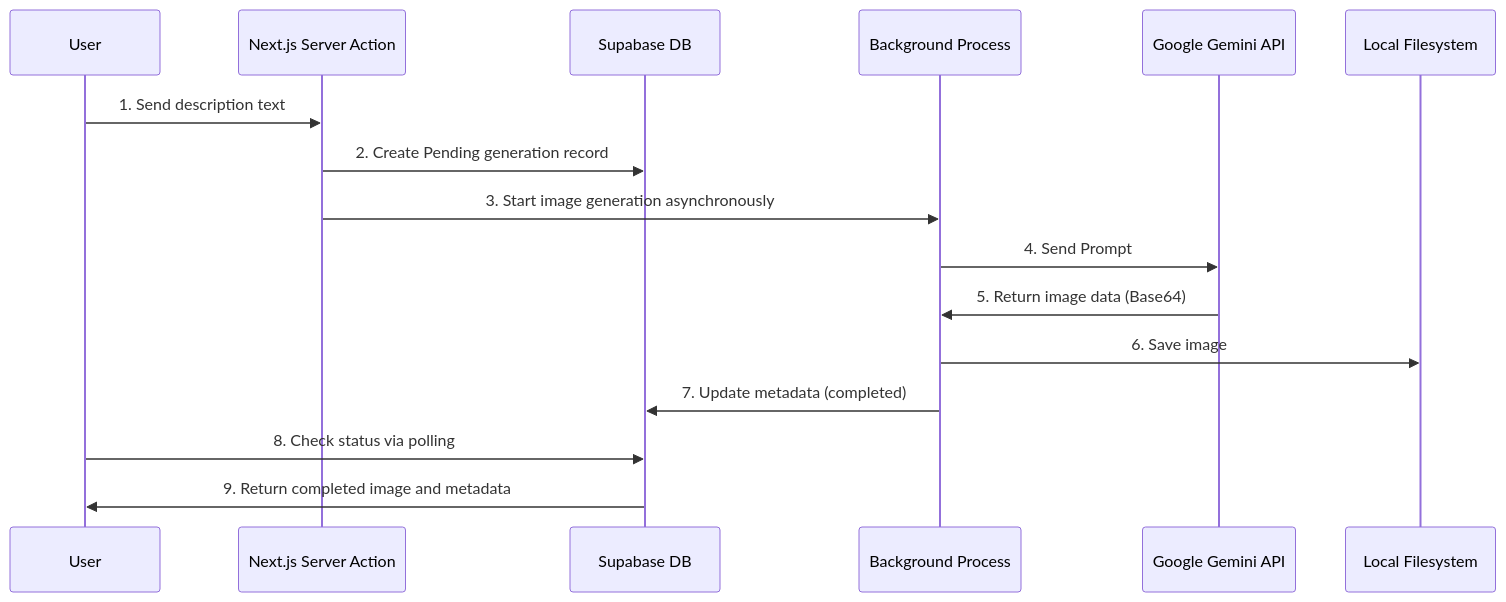
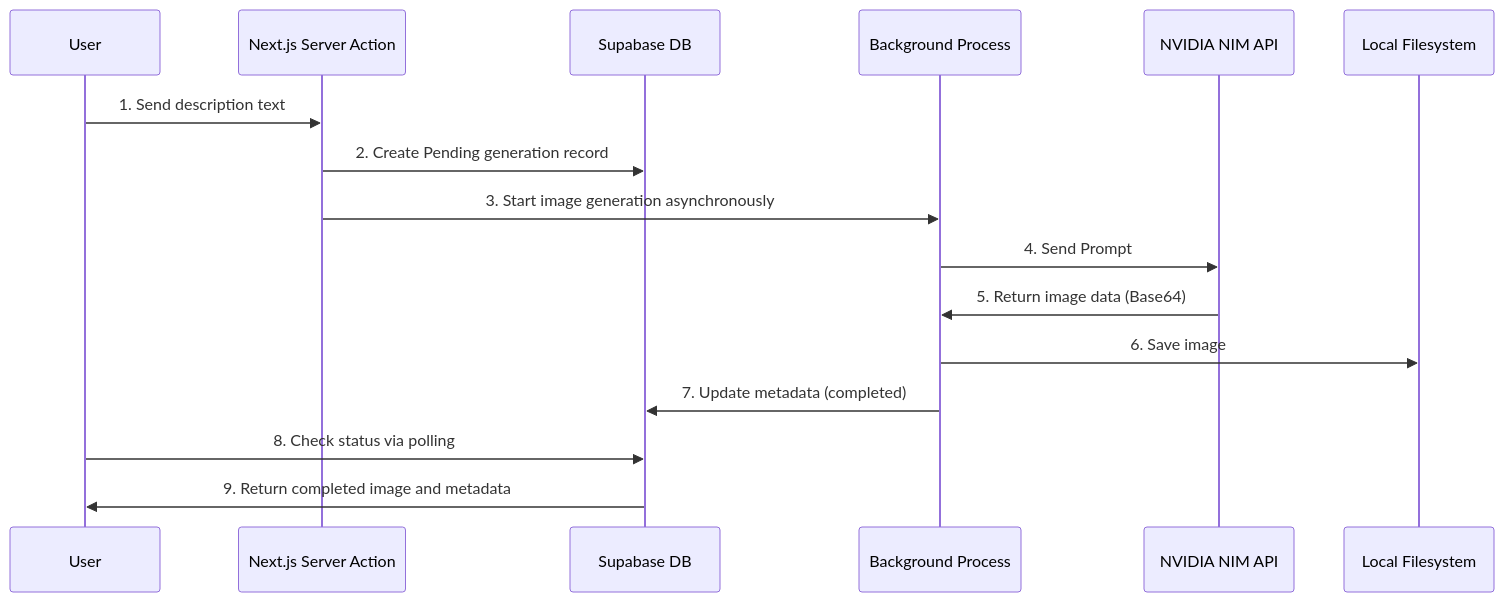
One commit to kwrkb/visual-echo changed the second of 2 diagrams in README.md. Above: the diagram before and after it, drawn with Mermaid. The commit also changed other lines of this file and 26 other files, not shown here.

````diff
--- a/README.md
+++ b/README.md
@@ -299,19 +299,19 @@
 ```mermaid
 sequenceDiagram
     participant User
     participant ServerAction as Next.js Server Action
     participant DB as Supabase DB
     participant Background as Background Process
-    participant Gemini as Google Gemini API
+    participant NIM as NVIDIA NIM API
     participant LocalFS as Local Filesystem
 
     User->>ServerAction: 1. Send description text
     ServerAction->>DB: 2. Create Pending generation record
     ServerAction->>Background: 3. Start image generation asynchronously
-    Background->>Gemini: 4. Send Prompt
-    Gemini->>Background: 5. Return image data (Base64)
+    Background->>NIM: 4. Send Prompt
+    NIM->>Background: 5. Return image data (Base64)
     Background->>LocalFS: 6. Save image
     Background->>DB: 7. Update metadata (completed)
     User->>DB: 8. Check status via polling
     DB->>User: 9. Return completed image and metadata
 ```
````
